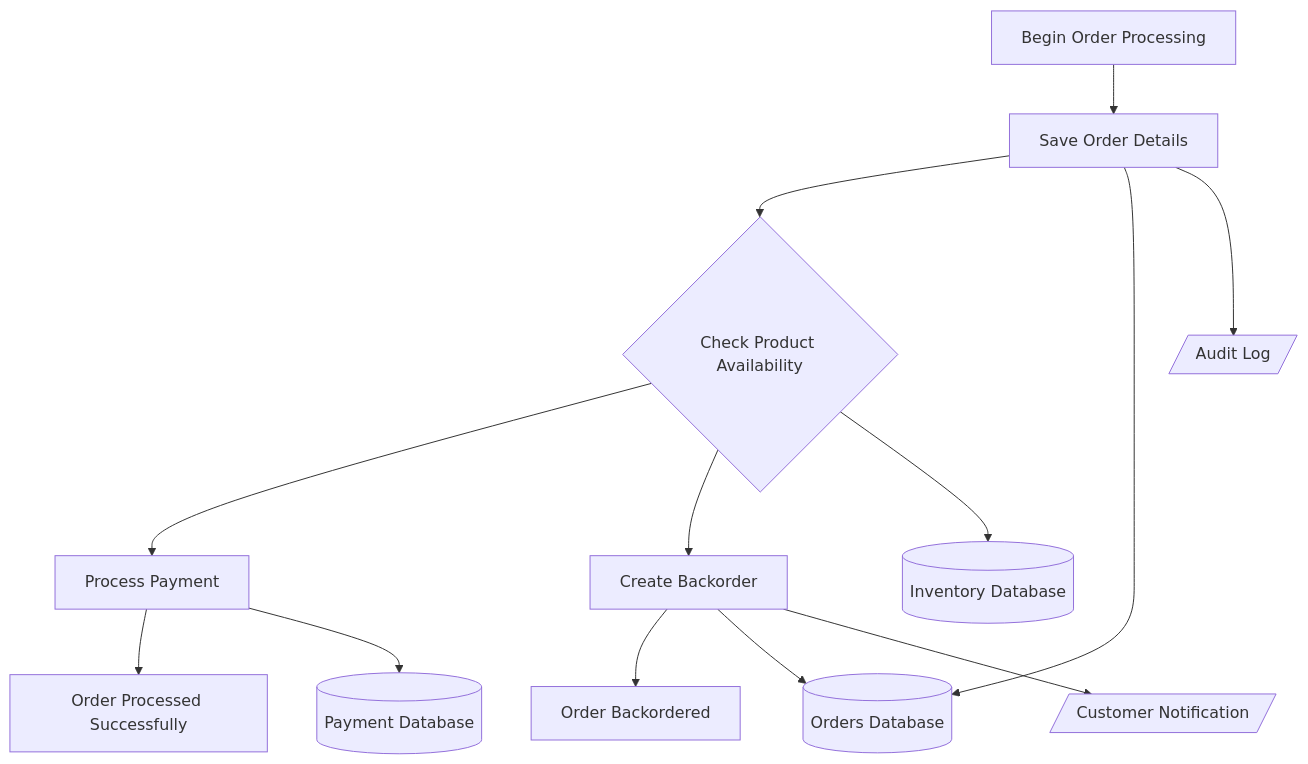
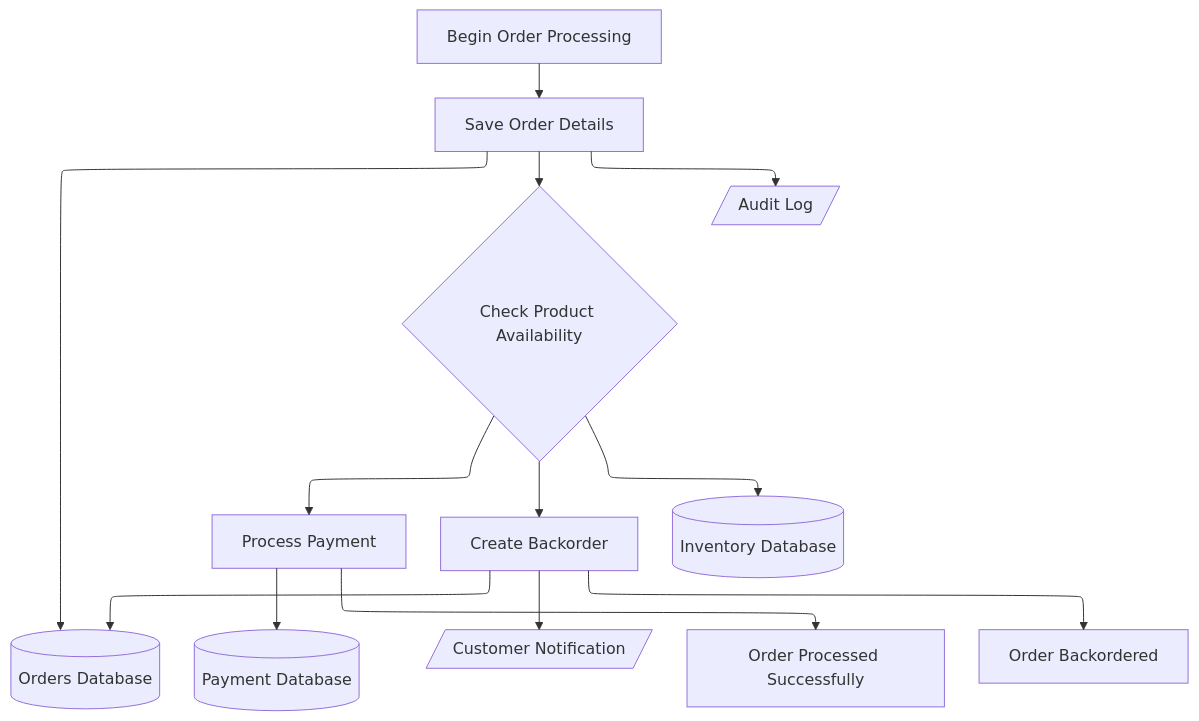
Before and after one commit to romilly/mermaid-mint: the diagram in examples/order_processing.mmd, drawn with Mermaid. The commit also changed 3 other files, not shown here.

First line of the commit message:
Integrate ELK layout engine for superior Mermaid diagram rendering

```diff
--- a/examples/order_processing.mmd
+++ b/examples/order_processing.mmd
@@ -1,25 +1,26 @@
+%%{init: {"flowchart": {"defaultRenderer": "elk"}}}%%
 flowchart TD
     start[Begin Order Processing]
     save_order[Save Order Details]
     check_inventory{Check Product Availability}
     process_payment[Process Payment]
     backorder[Create Backorder]
     orders_db[(Orders Database)]
     inventory_db[(Inventory Database)]
     payment_db[(Payment Database)]
     audit_log[/Audit Log/]
     notification_doc[/Customer Notification/]
     end_success[Order Processed Successfully]
     end_backorder[Order Backordered]
     start --> save_order
     save_order --> check_inventory
     save_order --> orders_db
     save_order --> audit_log
     check_inventory --> process_payment
     check_inventory --> backorder
     check_inventory --> inventory_db
     process_payment --> end_success
     process_payment --> payment_db
     backorder --> end_backorder
     backorder --> orders_db
     backorder --> notification_doc
```
